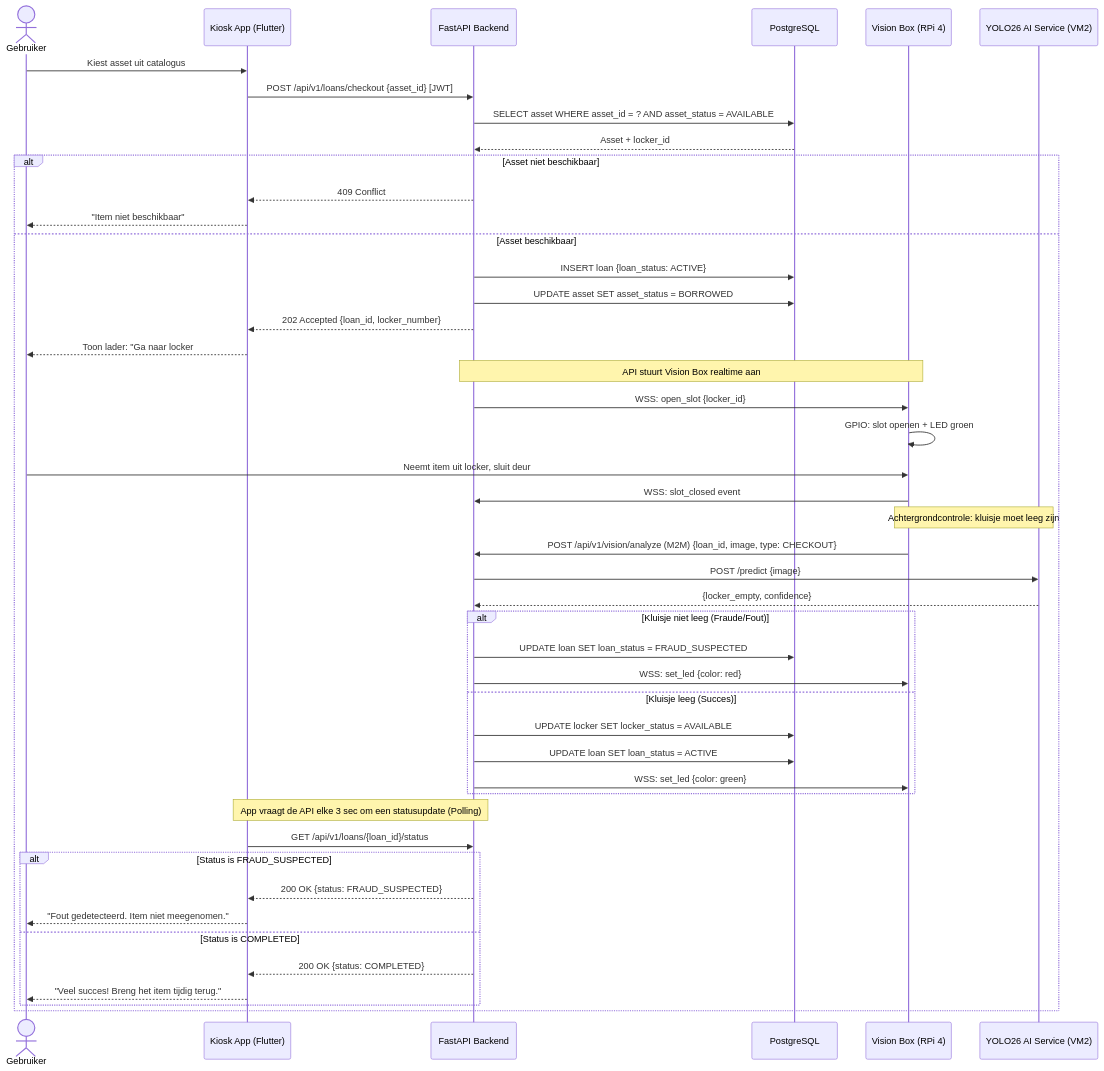
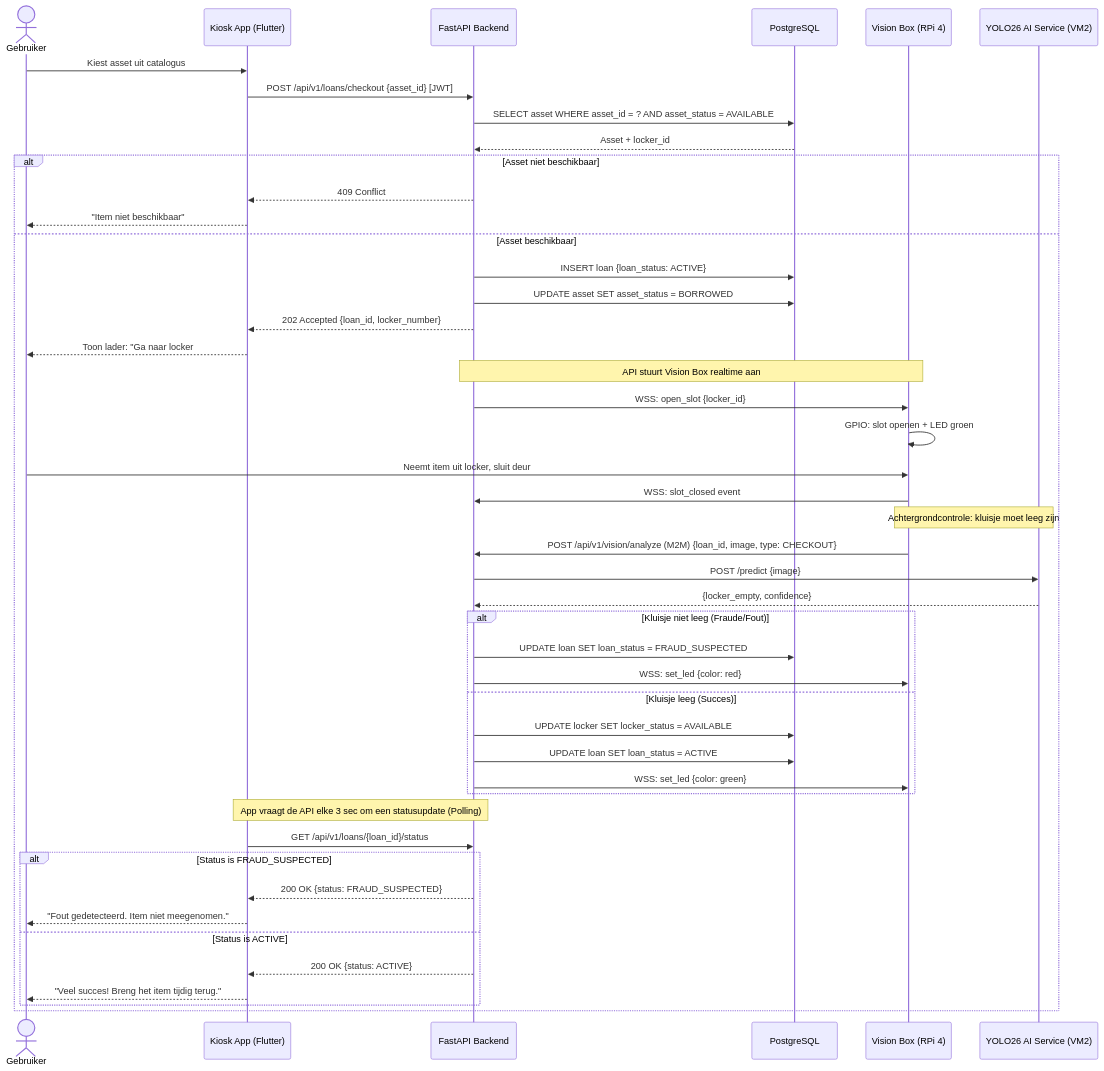
One commit to easylend-practice-enterprise/easylend changed the second of 4 diagrams in docs/workflows.md. Above: the diagram before and after it, drawn with Mermaid. The commit also changed 2 other files, not shown here.

Commit message:
docs: remove gap_analysis (moved to YouTrack) and align final workflow logic

````diff
--- a/docs/workflows.md
+++ b/docs/workflows.md
@@ -69,57 +69,57 @@
 ```mermaid
 sequenceDiagram
     actor User as Gebruiker
     participant App as Kiosk App (Flutter)
     participant API as FastAPI Backend
     participant DB as PostgreSQL
     participant VB as Vision Box (RPi 4)
     participant AI as YOLO26 AI Service (VM2)
 
     User->>App: Kiest asset uit catalogus
     App->>API: POST /api/v1/loans/checkout {asset_id} [JWT]
     API->>DB: SELECT asset WHERE asset_id = ? AND asset_status = AVAILABLE
     DB-->>API: Asset + locker_id
 
     alt Asset niet beschikbaar
         API-->>App: 409 Conflict
         App-->>User: "Item niet beschikbaar"
     else Asset beschikbaar
         API->>DB: INSERT loan {loan_status: ACTIVE}
         API->>DB: UPDATE asset SET asset_status = BORROWED
         API-->>App: 202 Accepted {loan_id, locker_number}
         App-->>User: Toon lader: "Ga naar locker #N"
 
         Note over API,VB: API stuurt Vision Box realtime aan
         API->>VB: WSS: open_slot {locker_id}
         VB->>VB: GPIO: slot openen + LED groen
 
         User->>VB: Neemt item uit locker, sluit deur
         VB->>API: WSS: slot_closed event
 
         Note over VB,AI: Achtergrondcontrole: kluisje moet leeg zijn
         VB->>API: POST /api/v1/vision/analyze (M2M) {loan_id, image, type: CHECKOUT}
         API->>AI: POST /predict {image}
         AI-->>API: {locker_empty, confidence}
 
         alt Kluisje niet leeg (Fraude/Fout)
             API->>DB: UPDATE loan SET loan_status = FRAUD_SUSPECTED
             API->>VB: WSS: set_led {color: red}
         else Kluisje leeg (Succes)
             API->>DB: UPDATE locker SET locker_status = AVAILABLE
             API->>DB: UPDATE loan SET loan_status = ACTIVE
             API->>VB: WSS: set_led {color: green}
         end
 
         Note over App,API: App vraagt de API elke 3 sec om een statusupdate (Polling)
         App->>API: GET /api/v1/loans/{loan_id}/status
         
         alt Status is FRAUD_SUSPECTED
             API-->>App: 200 OK {status: FRAUD_SUSPECTED}
             App-->>User: "Fout gedetecteerd. Item niet meegenomen."
-        else Status is COMPLETED
-            API-->>App: 200 OK {status: COMPLETED}
+        else Status is ACTIVE
+            API-->>App: 200 OK {status: ACTIVE}
             App-->>User: "Veel succes! Breng het item tijdig terug."
         end
     end
 
 ```
````
